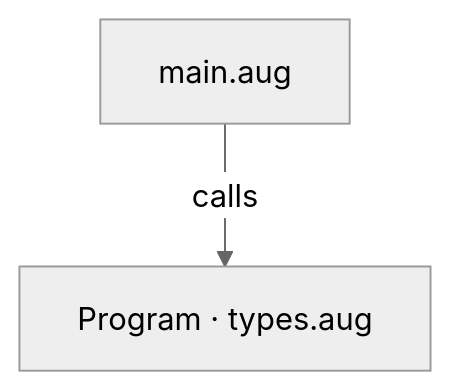
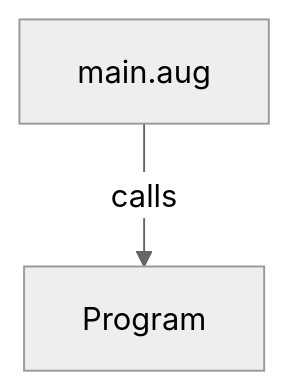
One commit to GreenPandaStudios/augscript changed the first of 3 diagrams in docs/examples/generic-di/main-diagrams.md. Above: the diagram before and after it, drawn with Mermaid (neutral theme). The commit also changed other lines of this file and 524 other files, not shown here.

Commit message:
Explain checked data flow at folder and service levels

````diff
--- a/docs/examples/generic-di/main-diagrams.md
+++ b/docs/examples/generic-di/main-diagrams.md
@@ -19,6 +19,6 @@
 ```mermaid
 flowchart TD
     n0["main.aug"]
-    n1["Program · types.aug"]
+    n1["Program"]
     n0 -->|"calls"| n1
 ```
````
